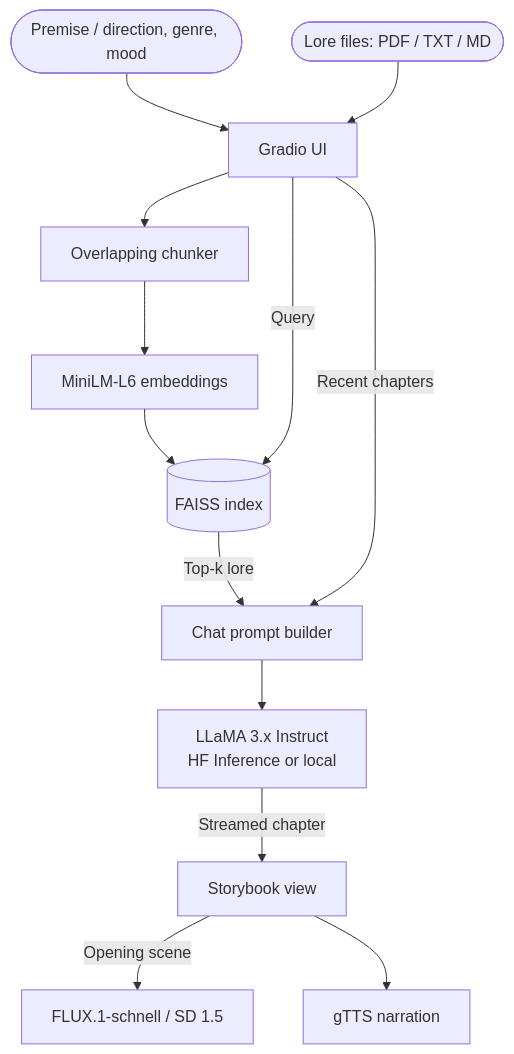
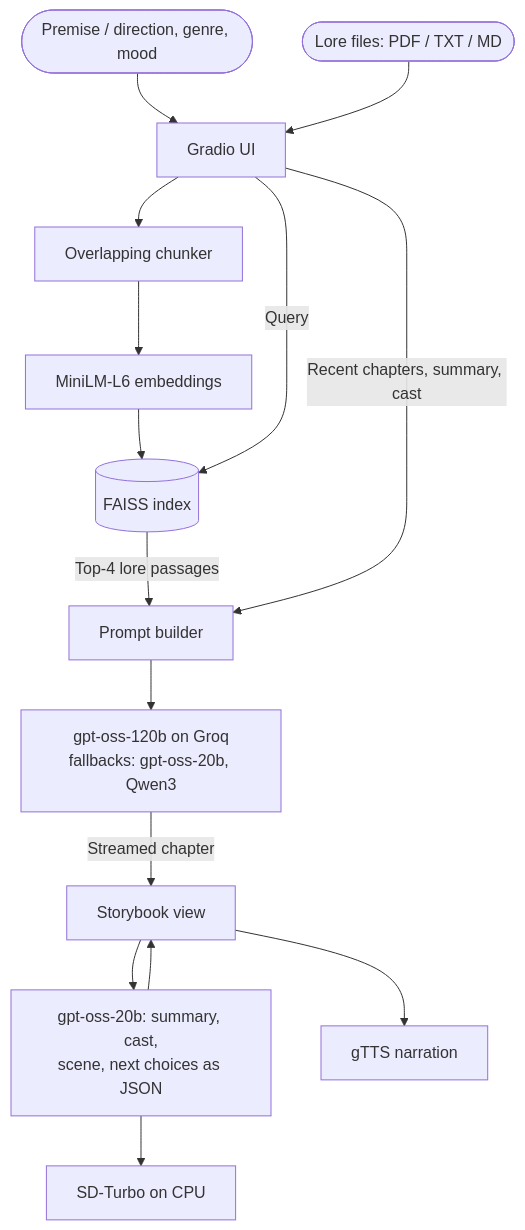
The diagram in README.md (RohanBabbar/mood-story-rag), drawn with Mermaid before and after one commit. The commit also changed other lines of this file and 1 other file, not shown here.

Commit message:
Update README for the Groq + SD-Turbo deployment, with evaluation results

````diff
--- a/README.md
+++ b/README.md
@@ -54,18 +57,20 @@
 ```mermaid
 graph TD
     User([Premise / direction, genre, mood]) --> UI[Gradio UI]
     Doc([Lore files: PDF / TXT / MD]) --> UI
 
     UI --> Chunk[Overlapping chunker]
     Chunk --> Embed[MiniLM-L6 embeddings]
     Embed --> FAISS[(FAISS index)]
 
     UI --> |Query| FAISS
-    FAISS --> |Top-k lore| Prompt[Chat prompt builder]
-    UI --> |Recent chapters| Prompt
+    FAISS --> |Top-4 lore passages| Prompt[Prompt builder]
+    UI --> |Recent chapters, summary, cast| Prompt
 
-    Prompt --> LLM[LLaMA 3.x Instruct<br>HF Inference or local]
+    Prompt --> LLM[gpt-oss-120b on Groq<br>fallbacks: gpt-oss-20b, Qwen3]
     LLM --> |Streamed chapter| Story[Storybook view]
-    Story --> |Opening scene| Img[FLUX.1-schnell / SD 1.5]
+    Story --> Analysis[gpt-oss-20b: summary, cast,<br>scene, next choices as JSON]
+    Analysis --> Img[SD-Turbo on CPU]
+    Analysis --> Story
     Story --> TTS[gTTS narration]
 ```
````
